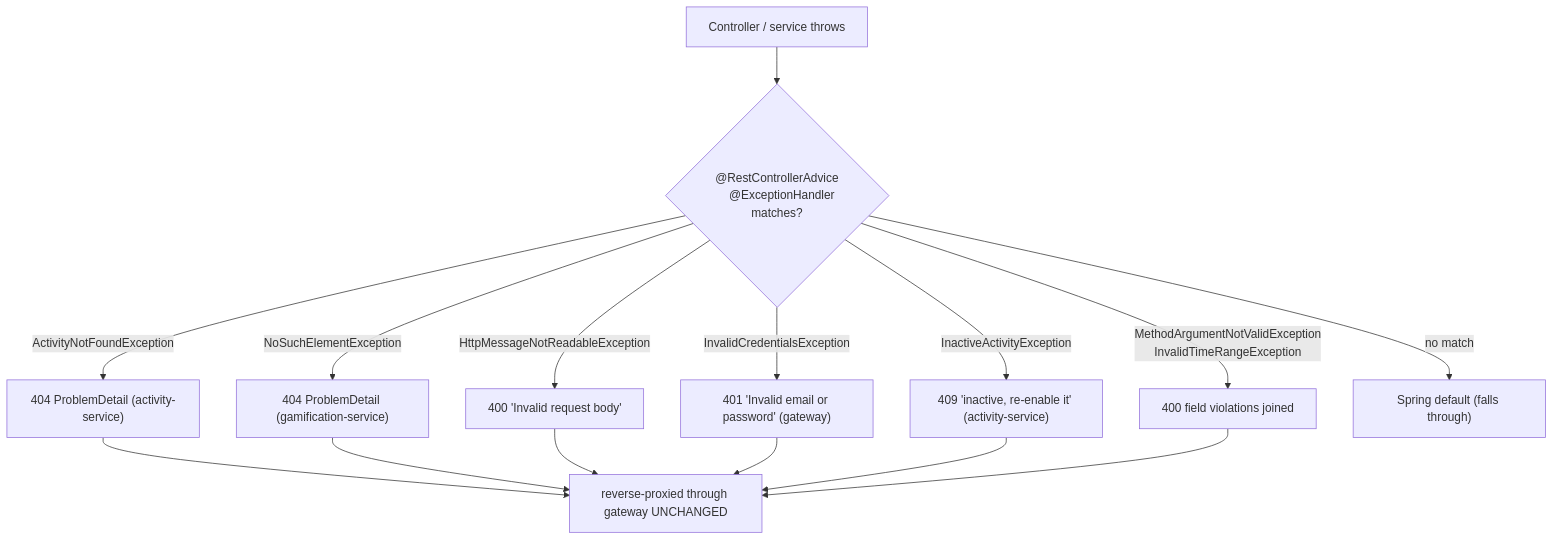
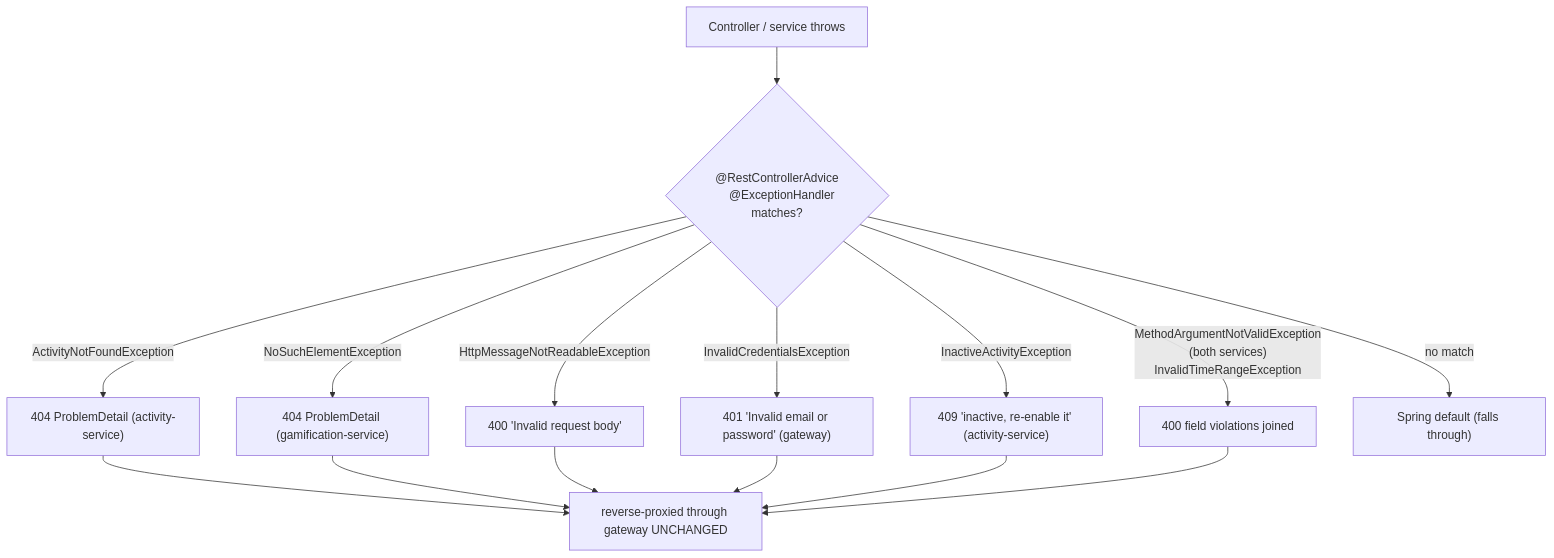
One commit to prashant-singh-2001/gamified_tracker changed the diagram in docs/features/error-handling.md. Above: the diagram before and after it, drawn with Mermaid. The commit also changed other lines of this file and 29 other files, not shown here.

````diff
--- a/docs/features/error-handling.md
+++ b/docs/features/error-handling.md
@@ -20,13 +20,13 @@
 ```mermaid
 flowchart TB
     A[Controller / service throws] --> B{"@RestControllerAdvice
     @ExceptionHandler matches?"}
     B -->|"ActivityNotFoundException"| C["404 ProblemDetail (activity-service)"]
     B -->|"NoSuchElementException"| D["404 ProblemDetail (gamification-service)"]
     B -->|"InactiveActivityException"| I["409 'inactive, re-enable it' (activity-service)"]
-    B -->|"MethodArgumentNotValidException<br/>InvalidTimeRangeException"| J["400 field violations joined"]
+    B -->|"MethodArgumentNotValidException<br/>(both services)<br/>InvalidTimeRangeException"| J["400 field violations joined"]
     B -->|"HttpMessageNotReadableException"| E["400 'Invalid request body'"]
     B -->|"InvalidCredentialsException"| F["401 'Invalid email or password' (gateway)"]
     B -->|no match| G["Spring default (falls through)"]
     C & D & E & F & I & J --> H["reverse-proxied through gateway UNCHANGED"]
 ```
````
